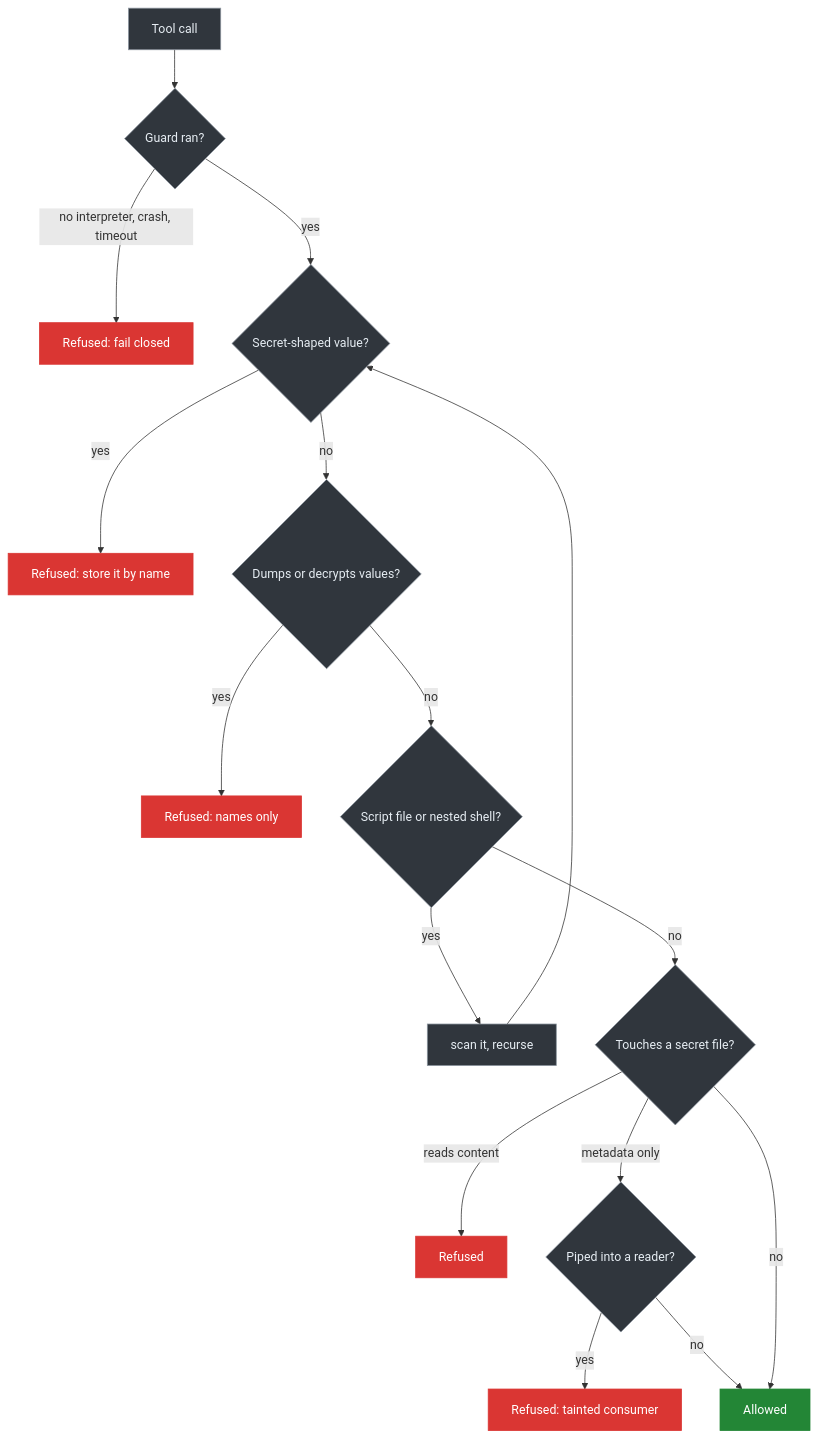
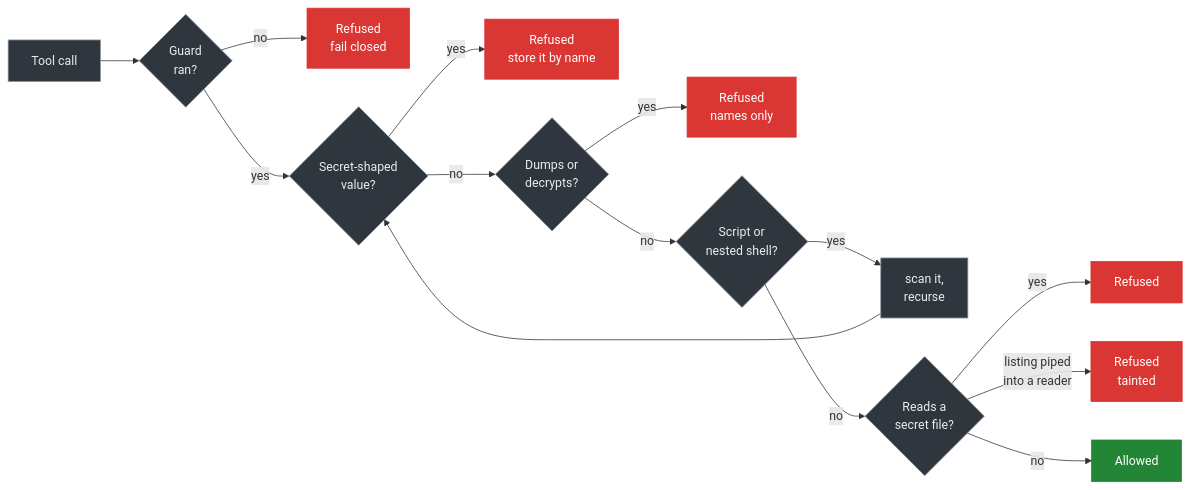
The third of 3 diagrams in README.md (rankinbc/Secret-Courier-Claude), drawn with Mermaid before and after one commit.

Commit message:
docs: guard flowchart left-to-right

````diff
--- a/README.md
+++ b/README.md
@@ -131,21 +131,19 @@
 ```mermaid
-flowchart TD
+flowchart LR
     classDef block fill:#da3633,stroke:#da3633,color:#fff
     classDef allow fill:#238636,stroke:#238636,color:#fff
     classDef step fill:#30363d,stroke:#8b949e,color:#e6edf3
 
-    A["Tool call"]:::step --> B{"Guard ran?"}:::step
-    B -- "no interpreter, crash, timeout" --> X1["Refused: fail closed"]:::block
-    B -- yes --> C{"Secret-shaped value?"}:::step
-    C -- yes --> X2["Refused: store it by name"]:::block
-    C -- no --> D{"Dumps or decrypts values?"}:::step
-    D -- yes --> X3["Refused: names only"]:::block
-    D -- no --> G{"Script file or nested shell?"}:::step
-    G -- yes --> H["scan it, recurse"]:::step --> C
-    G -- no --> E{"Touches a secret file?"}:::step
-    E -- "reads content" --> X4["Refused"]:::block
-    E -- "metadata only" --> F{"Piped into a reader?"}:::step
-    F -- yes --> X5["Refused: tainted consumer"]:::block
-    F -- no --> OK["Allowed"]:::allow
-    E -- no --> OK
+    A["Tool call"]:::step --> B{"Guard<br/>ran?"}:::step
+    B -- no --> X1["Refused<br/>fail closed"]:::block
+    B -- yes --> C{"Secret-shaped<br/>value?"}:::step
+    C -- yes --> X2["Refused<br/>store it by name"]:::block
+    C -- no --> D{"Dumps or<br/>decrypts?"}:::step
+    D -- yes --> X3["Refused<br/>names only"]:::block
+    D -- no --> G{"Script or<br/>nested shell?"}:::step
+    G -- yes --> H["scan it,<br/>recurse"]:::step --> C
+    G -- no --> E{"Reads a<br/>secret file?"}:::step
+    E -- yes --> X4["Refused"]:::block
+    E -- "listing piped<br/>into a reader" --> X5["Refused<br/>tainted"]:::block
+    E -- no --> OK["Allowed"]:::allow
 ```
````
